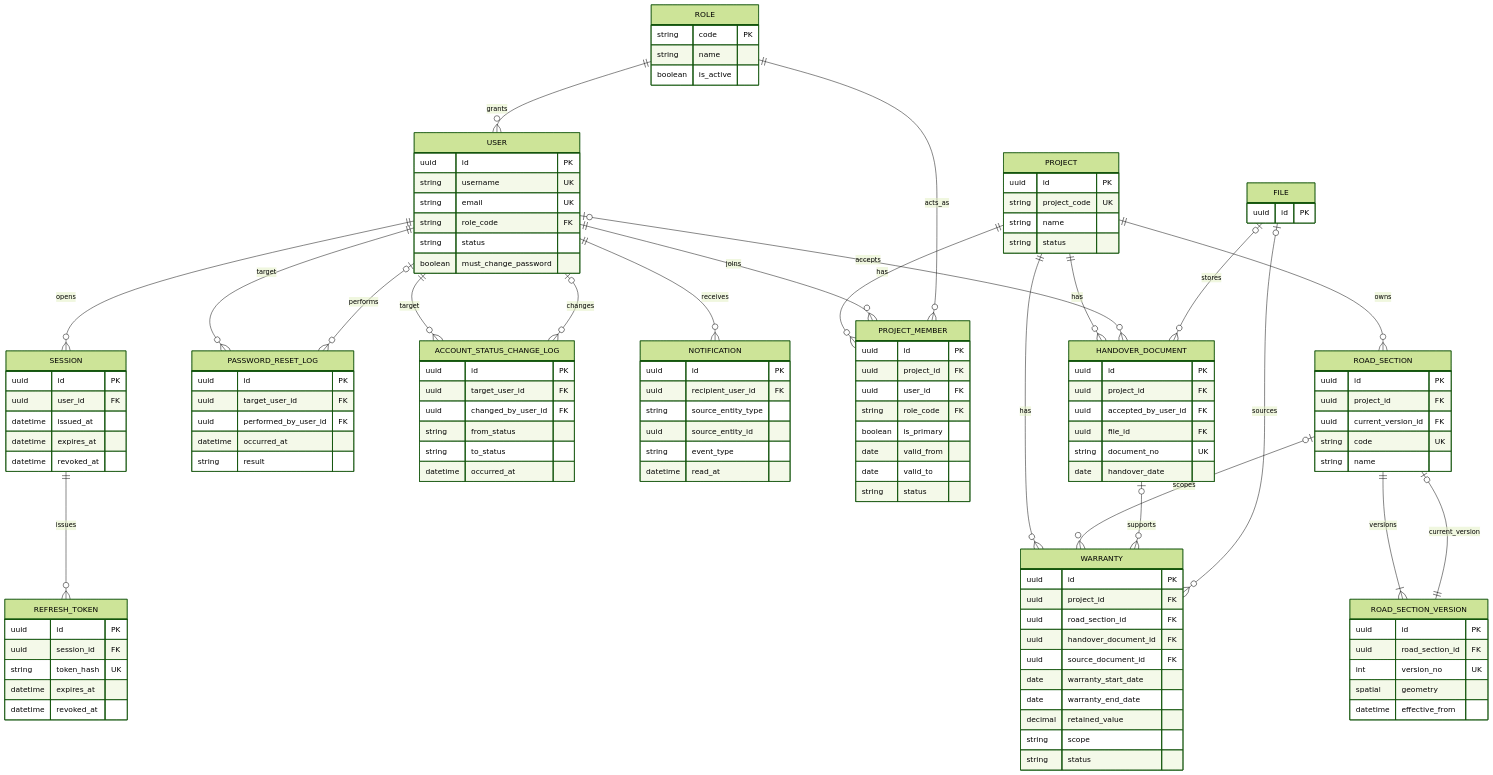
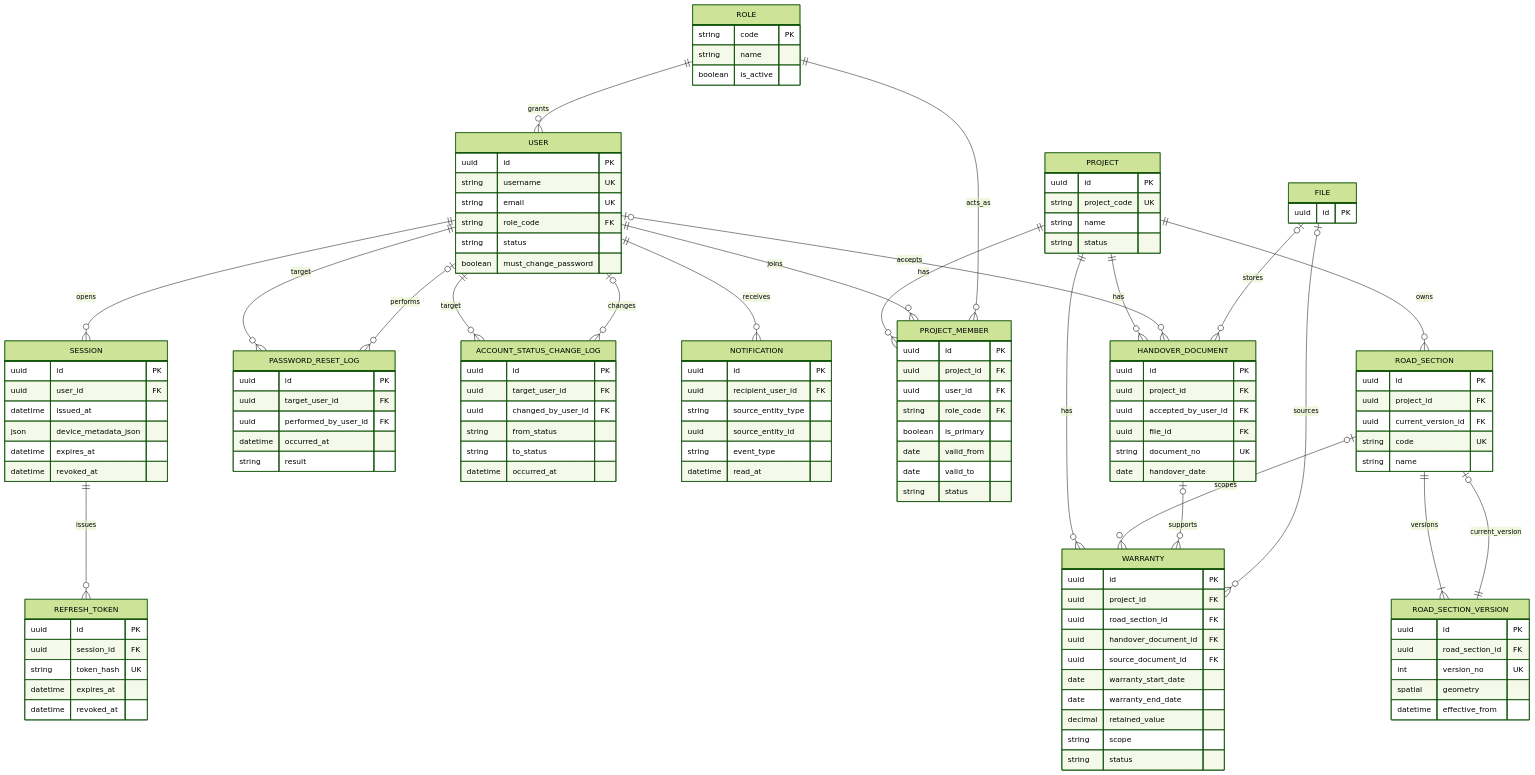
One commit to HoangAnhVu2207/RoadGuardSystem changed the second of 8 diagrams in docs/diagram/RoadGuard_ERD_v1.md. Above: the diagram before and after it, drawn with Mermaid (forest theme). The commit also changed other lines of this file and 9 other files, not shown here.

```diff
--- a/docs/diagram/RoadGuard_ERD_v1.md
+++ b/docs/diagram/RoadGuard_ERD_v1.md
@@ -247,6 +247,7 @@
         uuid id PK
         uuid user_id FK
         datetime issued_at
+        json device_metadata_json
         datetime expires_at
         datetime revoked_at
     }
```
